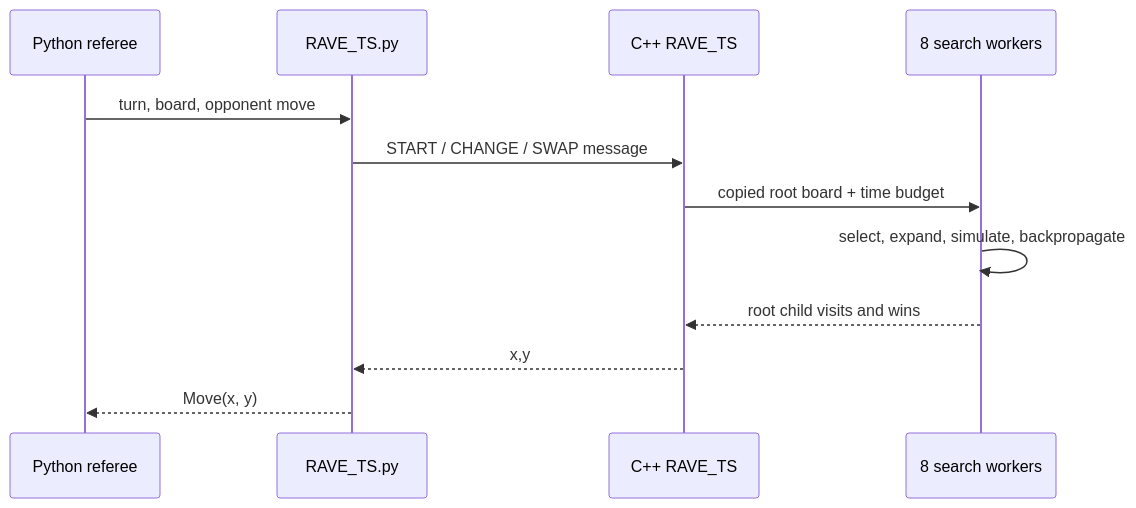
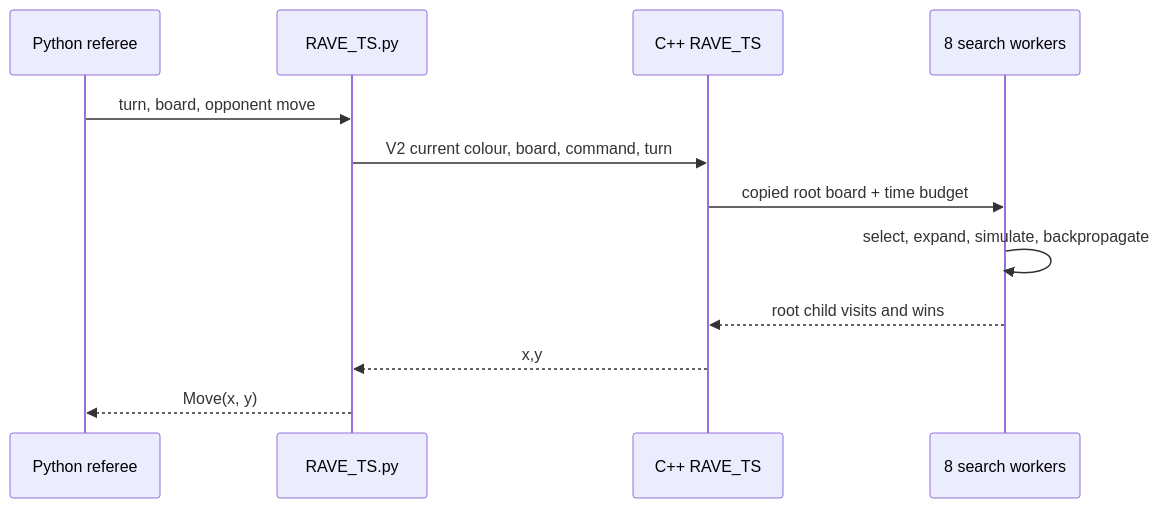
The diagram in docs/architecture.md (Dongmyung378/AI-and-Games), drawn with Mermaid before and after one commit. The commit also changed other lines of this file and 16 other files, not shown here.

````diff
--- a/docs/architecture.md
+++ b/docs/architecture.md
@@ -11,15 +11,15 @@
 ```mermaid
 sequenceDiagram
     participant Referee as Python referee
     participant Adapter as RAVE_TS.py
     participant Agent as C++ RAVE_TS
     participant Workers as 8 search workers
 
     Referee->>Adapter: turn, board, opponent move
-    Adapter->>Agent: START / CHANGE / SWAP message
+    Adapter->>Agent: V2 current colour, board, command, turn
     Agent->>Workers: copied root board + time budget
     Workers->>Workers: select, expand, simulate, backpropagate
     Workers-->>Agent: root child visits and wins
     Agent-->>Adapter: x,y
     Adapter-->>Referee: Move(x, y)
 ```
````
